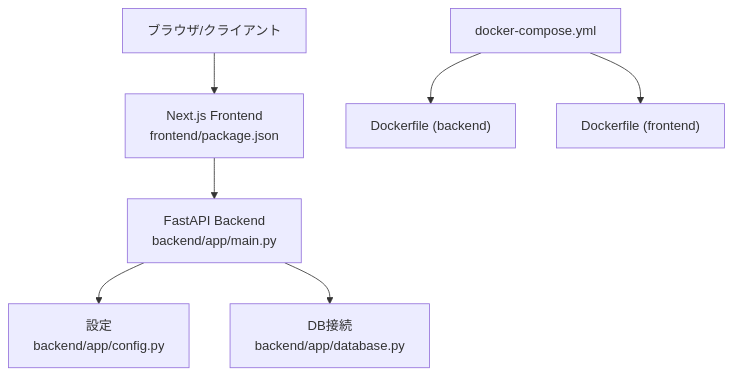
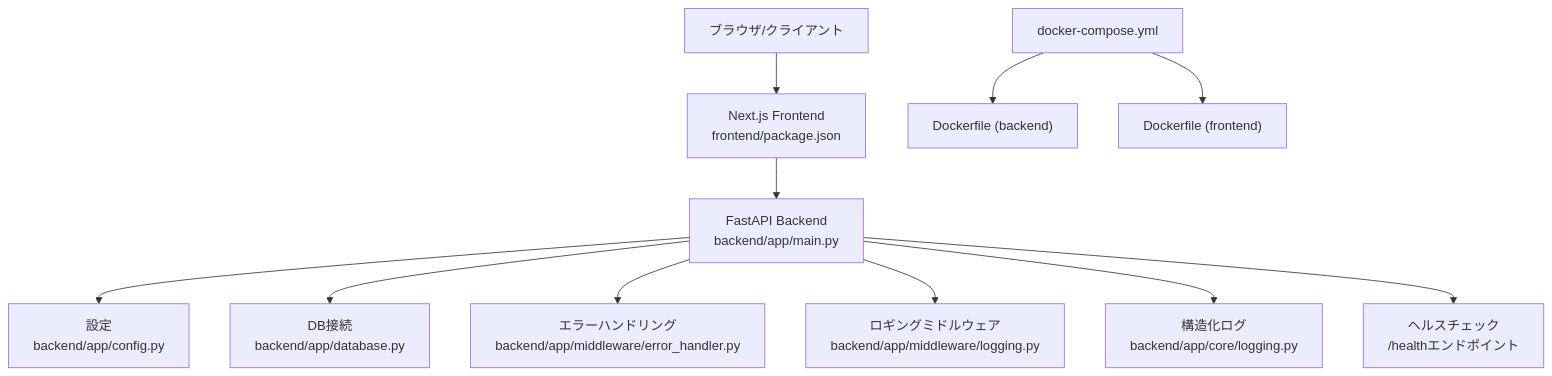
The second of 3 diagrams in .qoder/repowiki/ja/content/トラブルシューティング.md (ss8806/Todos), drawn with Mermaid before and after one commit. The commit also changed other lines of this file and 6 other files, not shown here.

````diff
--- a/.qoder/repowiki/ja/content/トラブルシューティング.md
+++ b/.qoder/repowiki/ja/content/トラブルシューティング.md
@@ -113,17 +153,25 @@
 ```mermaid
 graph TB
 CLIENT["ブラウザ/クライアント"]
 FRONTEND["Next.js Frontend<br/>frontend/package.json"]
 BACKEND["FastAPI Backend<br/>backend/app/main.py"]
 CONFIG["設定<br/>backend/app/config.py"]
 DATABASE["DB接続<br/>backend/app/database.py"]
+ERROR_HANDLER["エラーハンドリング<br/>backend/app/middleware/error_handler.py"]
+LOGGING_MIDDLEWARE["ロギングミドルウェア<br/>backend/app/middleware/logging.py"]
+CORE_LOGGING["構造化ログ<br/>backend/app/core/logging.py"]
 DOCKER_COMPOSE["docker-compose.yml"]
 DOCKER_BE["Dockerfile (backend)"]
 DOCKER_FE["Dockerfile (frontend)"]
+HEALTH_CHECK["ヘルスチェック<br/>/healthエンドポイント"]
 CLIENT --> FRONTEND
 FRONTEND --> BACKEND
 BACKEND --> CONFIG
 BACKEND --> DATABASE
+BACKEND --> ERROR_HANDLER
+BACKEND --> LOGGING_MIDDLEWARE
+BACKEND --> CORE_LOGGING
+BACKEND --> HEALTH_CHECK
 DOCKER_COMPOSE --> DOCKER_BE
 DOCKER_COMPOSE --> DOCKER_FE
 ```
````
